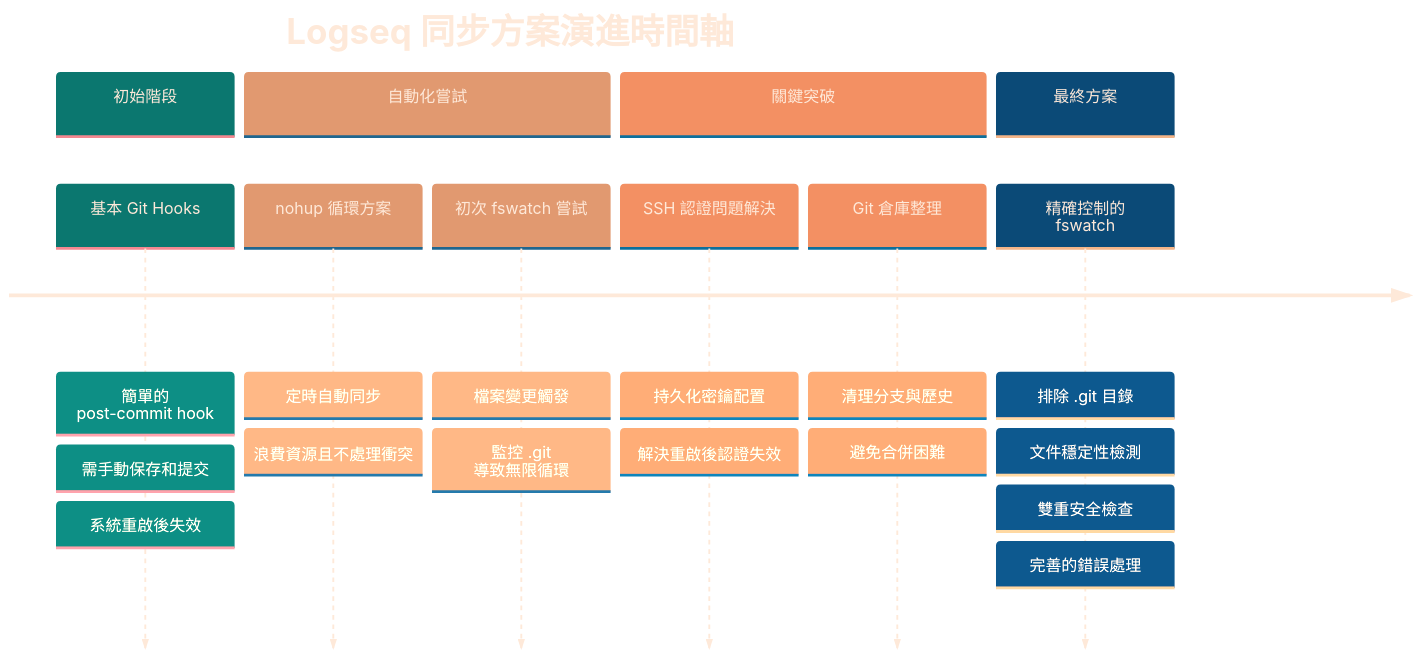
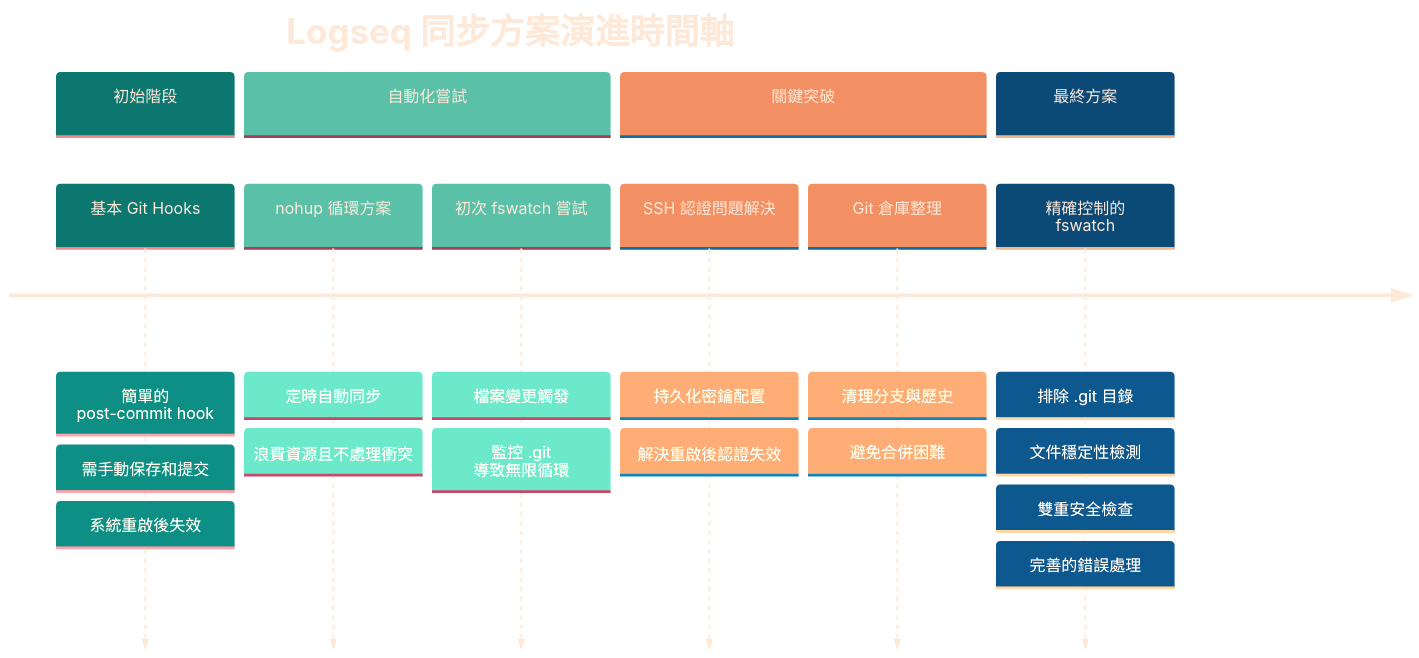
Before and after one commit to GengGeng026/Sync-Logseq: the first of 2 diagrams in Logseq同步方案演進記錄.md, drawn with Mermaid.

Commit message:
Auto-sync: Wed Mar 26 09:59:20 +08 2025

````diff
--- a/Logseq同步方案演進記錄.md
+++ b/Logseq同步方案演進記錄.md
@@ -24,38 +24,38 @@
 ```mermaid
 %%{init: {
   'theme': 'base', 
   'themeVariables': {
     'primaryTextColor': '#FEE9D9',
     'primaryColor': '#19E9D9',
-    'secondaryColor': '#F7E4D9',
+    'secondaryColor': '#B7E4D9',
     'tertiaryColor': '#FCE4D9',
     'primaryBorderColor': '#A9D9D9',
     'background': 'transparent',
     'clusterBkg': 'transparent',
     'fontFamily': 'default',
     'fontSize': '17px',
     'fontWeight': 'normal'
   }
 }}%%
 timeline
     title Logseq 同步方案演進時間軸
     section 初始階段
         基本 Git Hooks : 簡單的 post-commit hook
         : 需手動保存和提交
         : 系統重啟後失效
     section 自動化嘗試
         nohup 循環方案 : 定時自動同步
         : 浪費資源且不處理衝突
         初次 fswatch 嘗試 : 檔案變更觸發
         : 監控 .git 導致無限循環
     section 關鍵突破
         SSH 認證問題解決 : 持久化密鑰配置
         : 解決重啟後認證失效
         Git 倉庫整理 : 清理分支與歷史
         : 避免合併困難
     section 最終方案
         精確控制的 fswatch : 排除 .git 目錄
         : 文件穩定性檢測
         : 雙重安全檢查
         : 完善的錯誤處理
 ```
````
